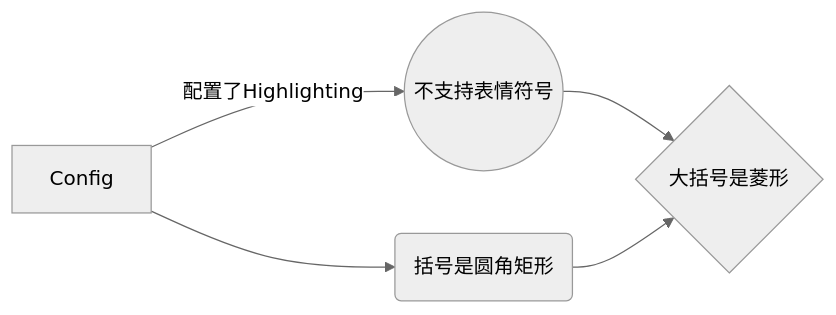
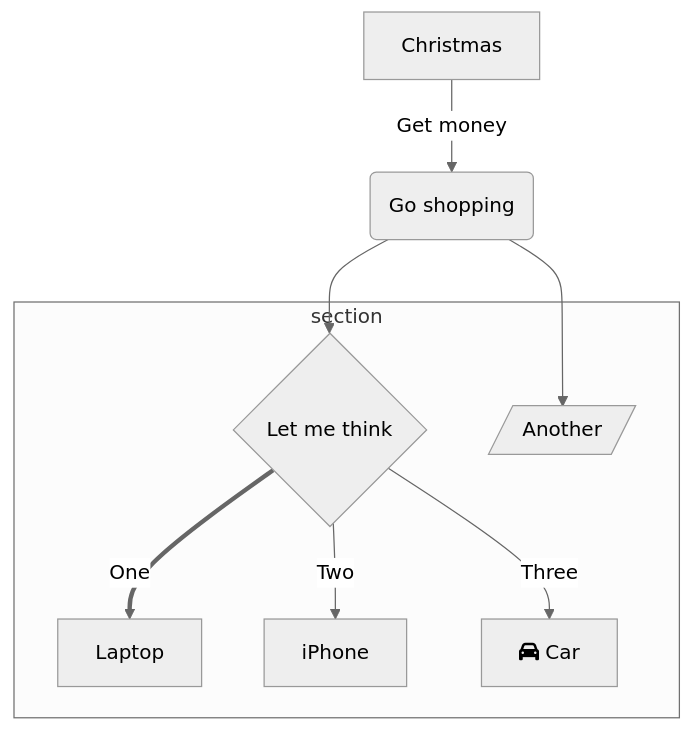
Before and after one commit to taontech/www: the second of 10 diagrams in taon.top/content/post/even-Chroma-conflict-Mermaid.md, drawn with Mermaid (neutral theme). The commit also changed other lines of this file, not shown here.

````diff
--- a/taon.top/content/post/even-Chroma-conflict-Mermaid.md
+++ b/taon.top/content/post/even-Chroma-conflict-Mermaid.md
@@ -17,7 +23,16 @@
-```mermaid
-graph LR
-    A[Config] -- 配置了Highlighting --> B((不支持表情符号))
-    A --> C(括号是圆角矩形)
-    B --> D{大括号是菱形}
-    C --> D
+``` mermaid
+        graph TD
+          A[Christmas] -->|Get money| B(Go shopping)
+          B --> C{Let me think}
+          B --> G[/Another/]
+          C ==>|One| D[Laptop]
+          C -->|Two| E[iPhone]
+          C -->|Three| F[fa:fa-car Car]
+          subgraph section
+            C
+            D
+            E
+            F
+            G
+          end
 ```
````
